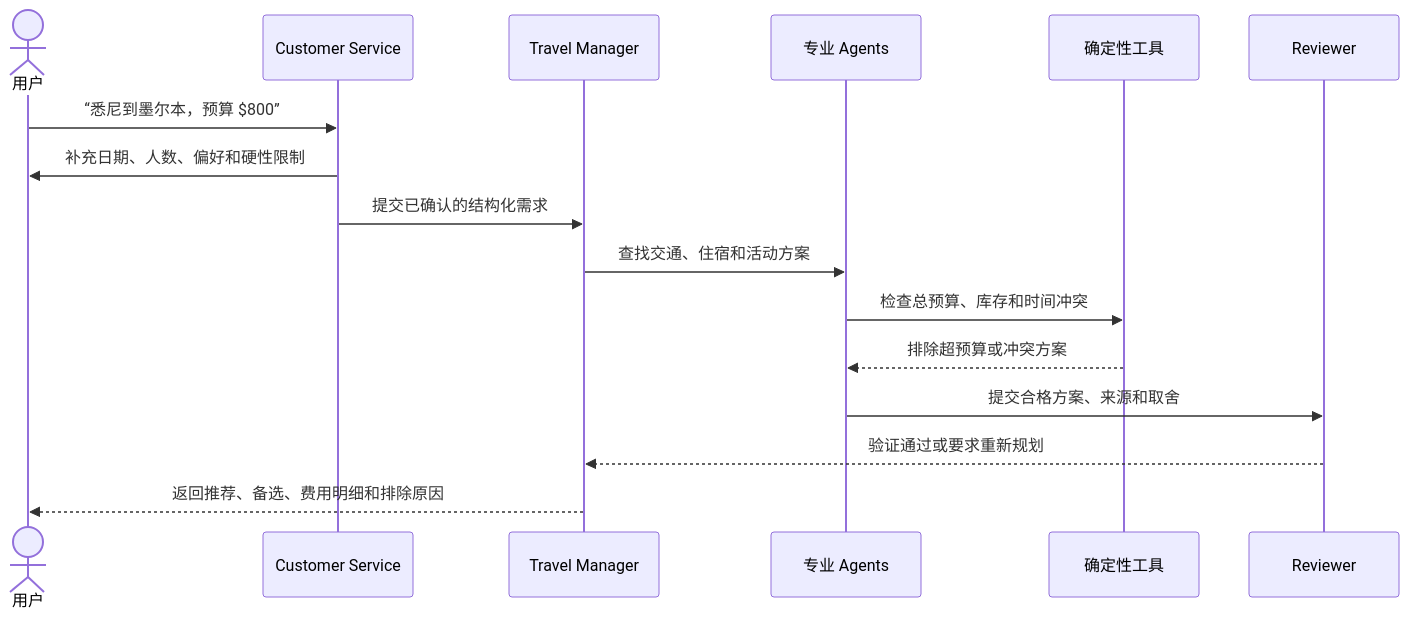
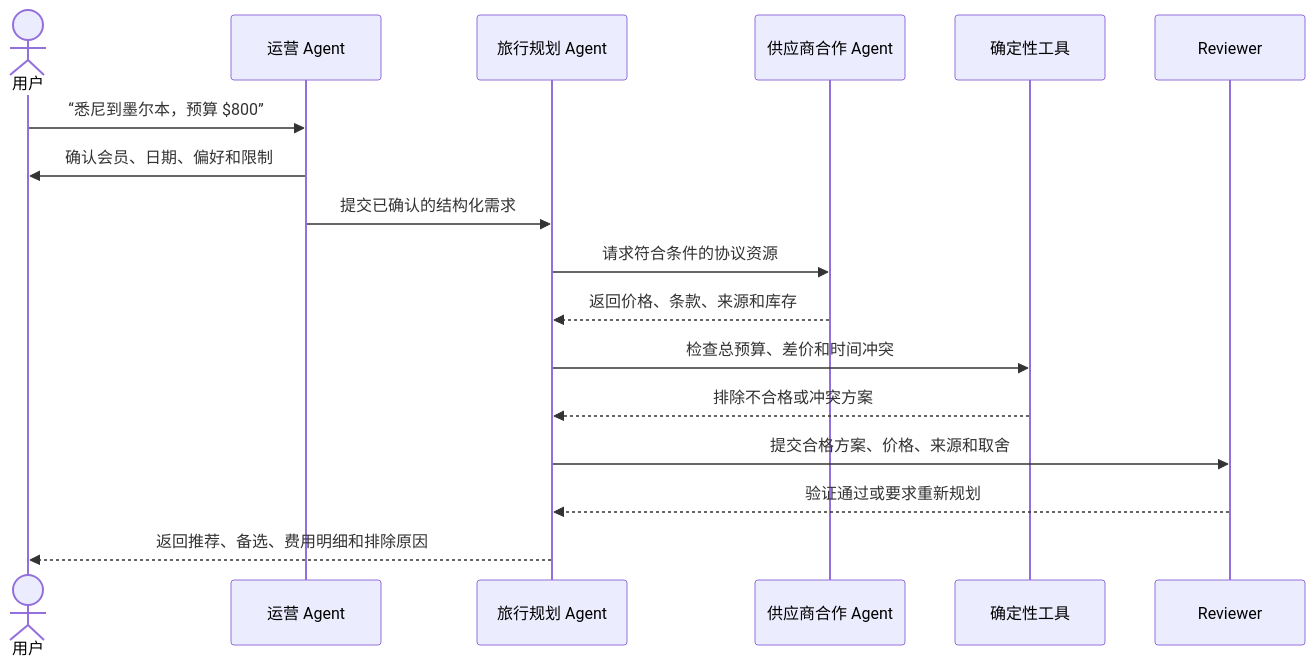
Before and after one commit to jiahengguo/Thu-11-13-Group6: the fourth of 4 diagrams in README.zh-CN.md, drawn with Mermaid. The commit also changed other lines of this file and 1 other file, not shown here.

````diff
--- a/README.zh-CN.md
+++ b/README.zh-CN.md
@@ -234,18 +331,19 @@
 ```mermaid
 sequenceDiagram
     actor U as 用户
-    participant CS as Customer Service
-    participant TM as Travel Manager
-    participant A as 专业 Agents
+    participant O as 运营 Agent
+    participant P as 旅行规划 Agent
+    participant S as 供应商合作 Agent
     participant T as 确定性工具
     participant R as Reviewer
-    U->>CS: “悉尼到墨尔本，预算 $800”
-    CS->>U: 补充日期、人数、偏好和硬性限制
-    CS->>TM: 提交已确认的结构化需求
-    TM->>A: 查找交通、住宿和活动方案
-    A->>T: 检查总预算、库存和时间冲突
-    T-->>A: 排除超预算或冲突方案
-    A->>R: 提交合格方案、来源和取舍
-    R-->>TM: 验证通过或要求重新规划
-    TM-->>U: 返回推荐、备选、费用明细和排除原因
+    U->>O: “悉尼到墨尔本，预算 $800”
+    O->>U: 确认会员、日期、偏好和限制
+    O->>P: 提交已确认的结构化需求
+    P->>S: 请求符合条件的协议资源
+    S-->>P: 返回价格、条款、来源和库存
+    P->>T: 检查总预算、差价和时间冲突
+    T-->>P: 排除不合格或冲突方案
+    P->>R: 提交合格方案、价格、来源和取舍
+    R-->>P: 验证通过或要求重新规划
+    P-->>U: 返回推荐、备选、费用明细和排除原因
 ```
````
